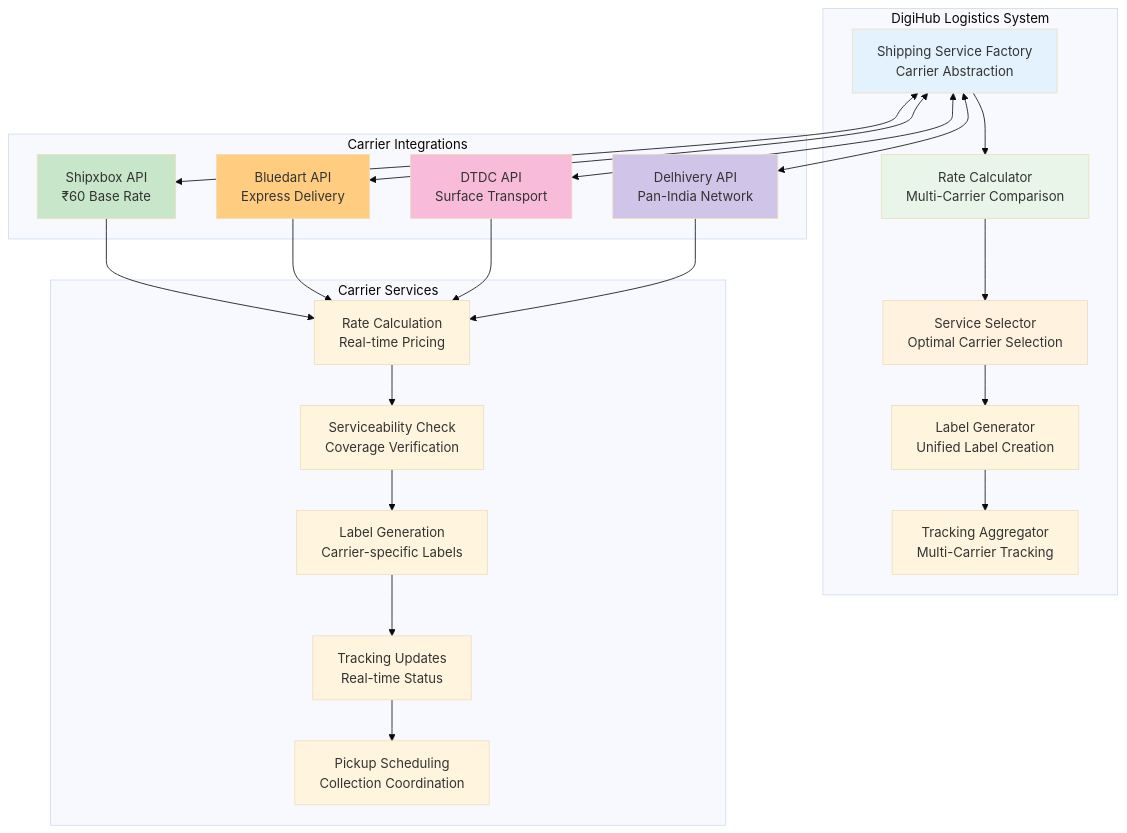
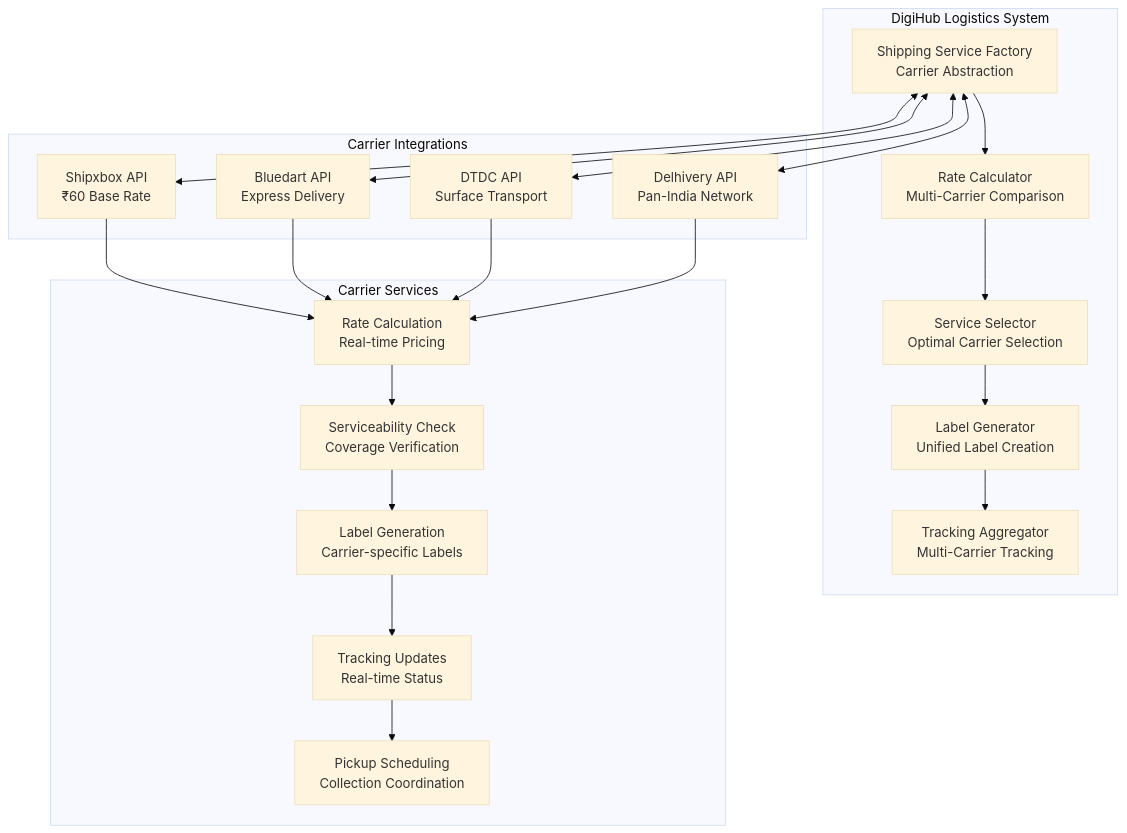
Before and after one commit to sandeepkumar0801/Digihub: diagram 14 of 44 in README.md, drawn with Mermaid (base theme). The commit also changed other lines of this file, not shown here.

Commit message:
update diagram index

````diff
--- a/README.md
+++ b/README.md
@@ -2484,47 +2342,47 @@
 ```mermaid
 graph TD
     subgraph "DigiHub Logistics System"
         A[Shipping Service Factory<br/>Carrier Abstraction]
         B[Rate Calculator<br/>Multi-Carrier Comparison]
         C[Service Selector<br/>Optimal Carrier Selection]
         D[Label Generator<br/>Unified Label Creation]
         E[Tracking Aggregator<br/>Multi-Carrier Tracking]
     end
 
     subgraph "Carrier Integrations"
         F1[Shipxbox API<br/>₹60 Base Rate]
         F2[Bluedart API<br/>Express Delivery]
         F3[DTDC API<br/>Surface Transport]
         F4[Delhivery API<br/>Pan-India Network]
     end
 
     subgraph "Carrier Services"
         G1[Rate Calculation<br/>Real-time Pricing]
         G2[Serviceability Check<br/>Coverage Verification]
         G3[Label Generation<br/>Carrier-specific Labels]
         G4[Tracking Updates<br/>Real-time Status]
         G5[Pickup Scheduling<br/>Collection Coordination]
     end
 
     A --> B --> C --> D --> E
 
     A <--> F1
     A <--> F2
     A <--> F3
     A <--> F4
 
     F1 --> G1
     F2 --> G1
     F3 --> G1
     F4 --> G1
 
     G1 --> G2 --> G3 --> G4 --> G5
 
-    style A fill:#e3f2fd
-    style B fill:#e8f5e8
-    style C fill:#fff3e0
-    style F1 fill:#c8e6c9
-    style F2 fill:#ffcc80
-    style F3 fill:#f8bbd9
-    style F4 fill:#d1c4e9
+
+
+
+
+
+
+
 ```
````
